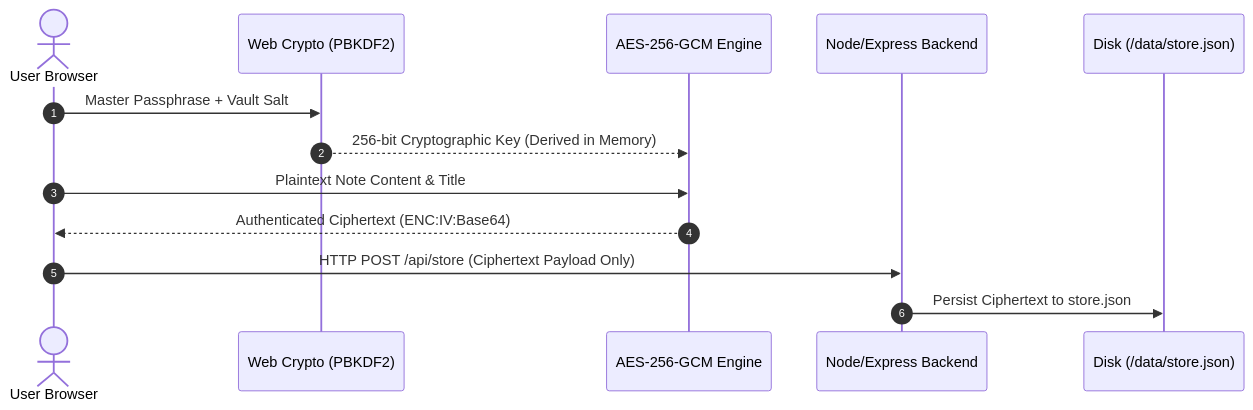
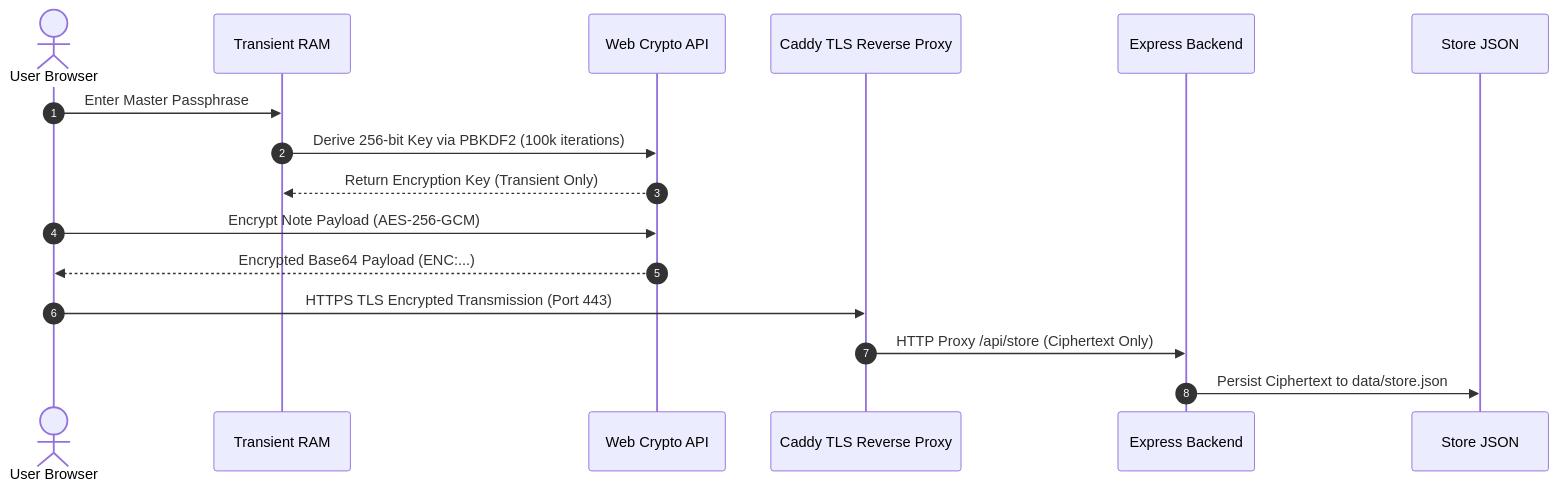
One commit to Arelius-D/LucID changed the diagram in README.md. Above: the diagram before and after it, drawn with Mermaid. The commit also changed other lines of this file, not shown here.

Commit message:
docs: add Caddy TLS Reverse Proxy to Security & Architecture sequence diagram

````diff
--- a/README.md
+++ b/README.md
@@ -48,16 +37,19 @@
 ```mermaid
 sequenceDiagram
     autonumber
     actor User as User Browser
-    participant KDF as Web Crypto (PBKDF2)
-    participant Engine as AES-256-GCM Engine
-    participant Server as Node/Express Backend
-    participant Storage as Disk (/data/store.json)
+    participant Memory as Transient RAM
+    participant Crypto as Web Crypto API
+    participant Caddy as Caddy TLS Reverse Proxy
+    participant Server as Express Backend
+    participant Storage as Store JSON
 
-    User->>KDF: Master Passphrase + Vault Salt
-    KDF-->>Engine: 256-bit Cryptographic Key (Derived in Memory)
-    User->>Engine: Plaintext Note Content & Title
-    Engine-->>User: Authenticated Ciphertext (ENC:IV:Base64)
-    User->>Server: HTTP POST /api/store (Ciphertext Payload Only)
-    Server->>Storage: Persist Ciphertext to store.json
+    User->>Memory: Enter Master Passphrase
+    Memory->>Crypto: Derive 256-bit Key via PBKDF2 (100k iterations)
+    Crypto-->>Memory: Return Encryption Key (Transient Only)
+    User->>Crypto: Encrypt Note Payload (AES-256-GCM)
+    Crypto-->>User: Encrypted Base64 Payload (ENC:...)
+    User->>Caddy: HTTPS TLS Encrypted Transmission (Port 443)
+    Caddy->>Server: HTTP Proxy /api/store (Ciphertext Only)
+    Server->>Storage: Persist Ciphertext to data/store.json
 ```
````
